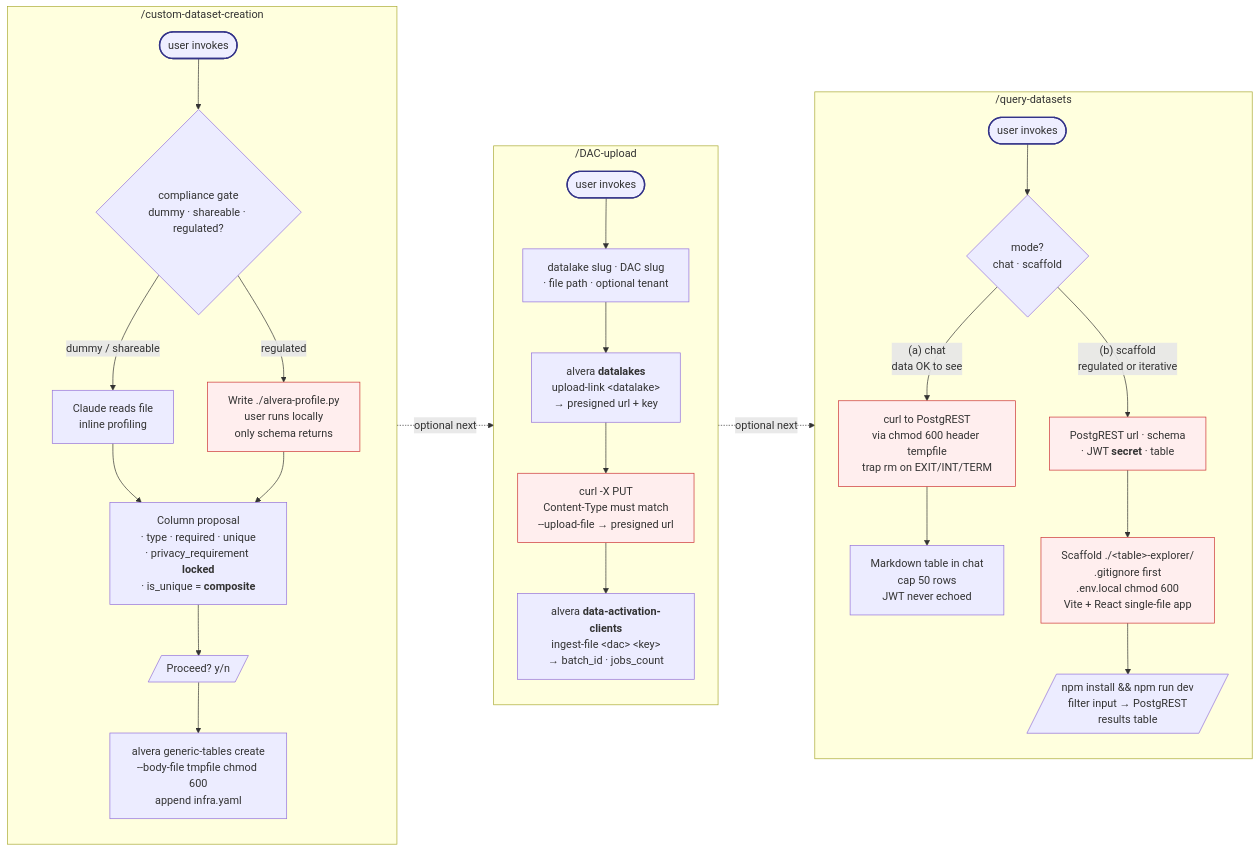
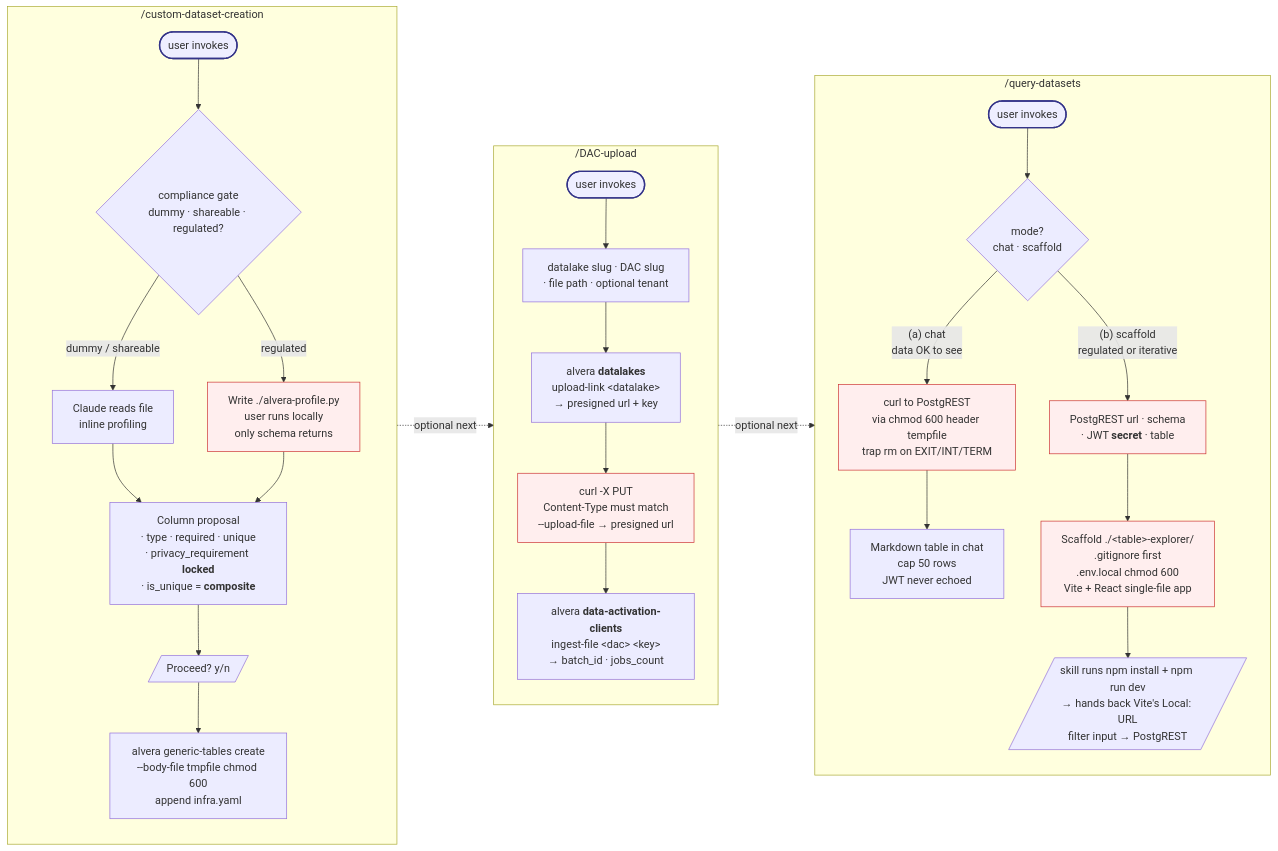
The diagram in plugins/platform-setup/README.md (alvera-ai/alvera-agent), drawn with Mermaid before and after one commit. The commit also changed other lines of this file and 2 other files, not shown here.

First line of the commit message:
refine(query-datasets): scaffold mode auto-runs npm install + dev

````diff
--- a/plugins/platform-setup/README.md
+++ b/plugins/platform-setup/README.md
@@ -19,39 +19,39 @@
 ```mermaid
 flowchart LR
     subgraph cdc ["/custom-dataset-creation"]
         direction TB
         start1([user invokes]) --> gate{compliance gate<br/>dummy · shareable · regulated?}
         gate -->|dummy / shareable| inline[Claude reads file<br/>inline profiling]
         gate -->|regulated| script[Write ./alvera-profile.py<br/>user runs locally<br/>only schema returns]
         inline --> prop[Column proposal<br/>· type · required · unique<br/>· privacy_requirement <b>locked</b><br/>· is_unique = <b>composite</b>]
         script --> prop
         prop --> confirm[/Proceed? y/n/]
         confirm --> create[alvera generic-tables create<br/>--body-file tmpfile chmod 600<br/>append infra.yaml]
     end
 
     subgraph dac ["/DAC-upload"]
         direction TB
         start2([user invokes]) --> elicit1[datalake slug · DAC slug<br/>· file path · optional tenant]
         elicit1 --> link[alvera <b>datalakes</b><br/>upload-link &lt;datalake&gt;<br/>→ presigned url + key]
         link --> put[curl -X PUT<br/>Content-Type must match<br/>--upload-file → presigned url]
         put --> ingest[alvera <b>data-activation-clients</b><br/>ingest-file &lt;dac&gt; &lt;key&gt;<br/>→ batch_id · jobs_count]
     end
 
     subgraph qd ["/query-datasets"]
         direction TB
         start3([user invokes]) --> mode{mode?<br/>chat · scaffold}
         mode -->|"(a) chat<br/>data OK to see"| chat[curl to PostgREST<br/>via chmod 600 header tempfile<br/>trap rm on EXIT/INT/TERM]
         chat --> render[Markdown table in chat<br/>cap 50 rows<br/>JWT never echoed]
         mode -->|"(b) scaffold<br/>regulated or iterative"| elicit2[PostgREST url · schema<br/>· JWT <b>secret</b> · table]
         elicit2 --> scaffold[Scaffold ./&lt;table&gt;-explorer/<br/>.gitignore first<br/>.env.local chmod 600<br/>Vite + React single-file app]
-        scaffold --> handoff[/npm install && npm run dev<br/>filter input → PostgREST<br/>results table/]
+        scaffold --> handoff[/skill runs npm install + npm run dev<br/>→ hands back Vite's Local: URL<br/>filter input → PostgREST/]
     end
 
     create -. optional next .-> start2
     ingest -. optional next .-> start3
 
     classDef entry fill:#eef,stroke:#338,stroke-width:2px
     classDef secret fill:#fee,stroke:#c33,stroke-width:1px
     class start1,start2,start3 entry
     class script,put,chat,elicit2,scaffold secret
 ```
````
